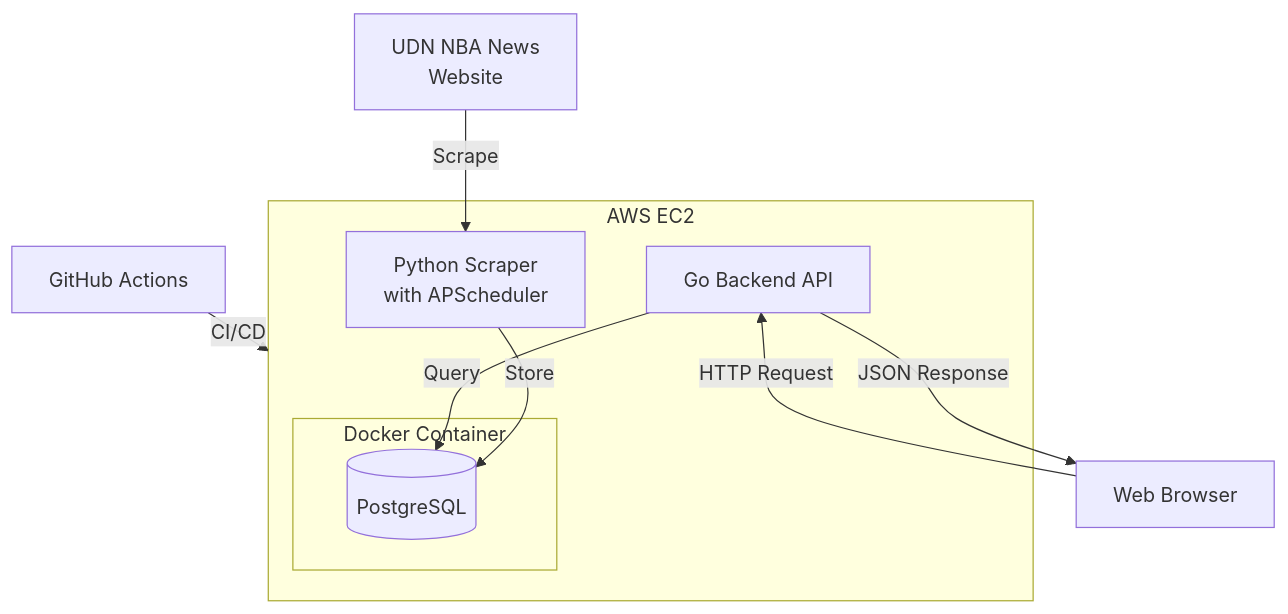
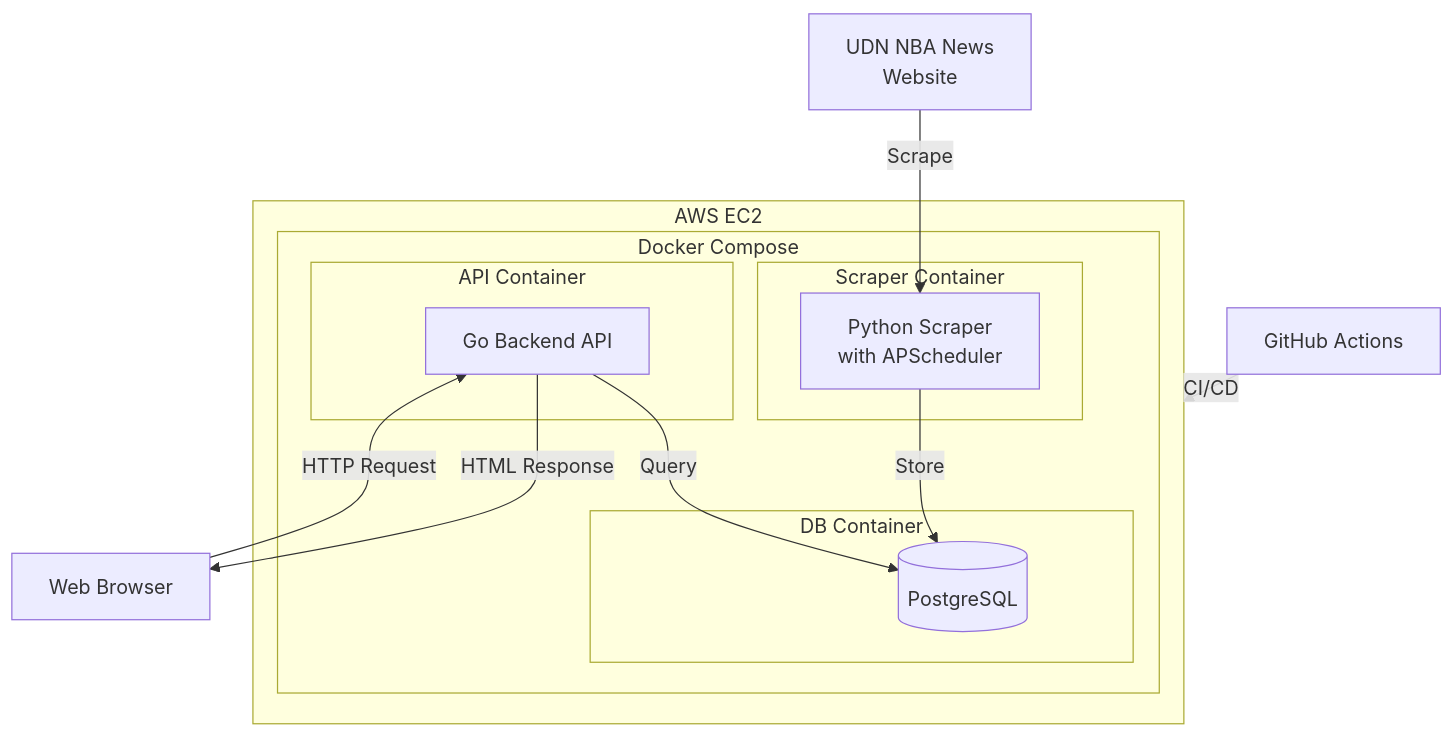
Before and after one commit to BoscoTing/nba-news-scraper: the diagram in README.md, drawn with Mermaid. The commit also changed other lines of this file, not shown here.

````diff
--- a/README.md
+++ b/README.md
@@ -7,20 +7,25 @@
 ```mermaid
 graph TB
     UDN[UDN NBA News<br/>Website] -->|Scrape| Scraper
     
     subgraph AWS[AWS EC2]
-        Scraper -->|Store| DB
-        API -->|Query| DB
-        
-        API[Go Backend API]
-        subgraph Docker Container
-            DB[(PostgreSQL)]
+        subgraph Docker Compose
+            subgraph Scraper Container
+                Scraper[Python Scraper<br/>with APScheduler]
+            end
+            subgraph API Container
+                API[Go Backend API]
+            end
+            subgraph DB Container
+                DB[(PostgreSQL)]
+            end
+            Scraper -->|Store| DB
+            API -->|Query| DB
         end
-        Scraper[Python Scraper<br/>with APScheduler]
     end
 
     Client[Web Browser] -->|HTTP Request| API
-    API -->|JSON Response| Client
+    API -->|HTML Response| Client
 
     GitHub[GitHub Actions] -->|CI/CD| AWS
 ```
````
